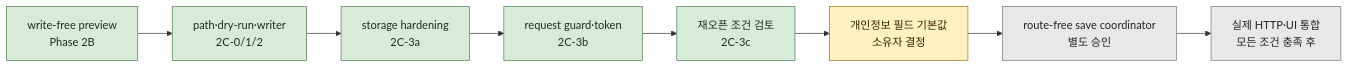
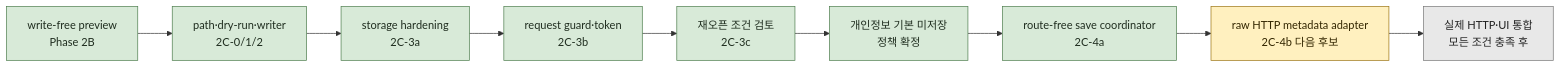
Before and after one commit to 1412moo/jarvis-core: the second of 2 diagrams in docs/master-plan.md, drawn with Mermaid. The commit also changed other lines of this file and 3 other files, not shown here.

````diff
--- a/docs/master-plan.md
+++ b/docs/master-plan.md
@@ -134,17 +136,18 @@
 ```mermaid
 flowchart LR
     A["write-free preview<br/>Phase 2B"] --> B["path·dry-run·writer<br/>2C-0/1/2"]
     B --> C["storage hardening<br/>2C-3a"]
     C --> D["request guard·token<br/>2C-3b"]
     D --> E["재오픈 조건 검토<br/>2C-3c"]
-    E --> F["개인정보 필드 기본값<br/>소유자 결정"]
-    F --> G["route-free save coordinator<br/>별도 승인"]
-    G --> H["실제 HTTP·UI 통합<br/>모든 조건 충족 후"]
+    E --> F["개인정보 기본 미저장<br/>정책 확정"]
+    F --> G["route-free save coordinator<br/>2C-4a"]
+    G --> H["raw HTTP metadata adapter<br/>2C-4b 다음 후보"]
+    H --> I["실제 HTTP·UI 통합<br/>모든 조건 충족 후"]
 
     classDef done fill:#d8ead8,stroke:#4d7d4d,color:#1f2d1f;
     classDef current fill:#fff0bf,stroke:#9b7412,color:#332600;
     classDef future fill:#e8e8e8,stroke:#777,color:#222;
-    class A,B,C,D,E done;
-    class F current;
-    class G,H future;
+    class A,B,C,D,E,F,G done;
+    class H current;
+    class I future;
 ```
````
